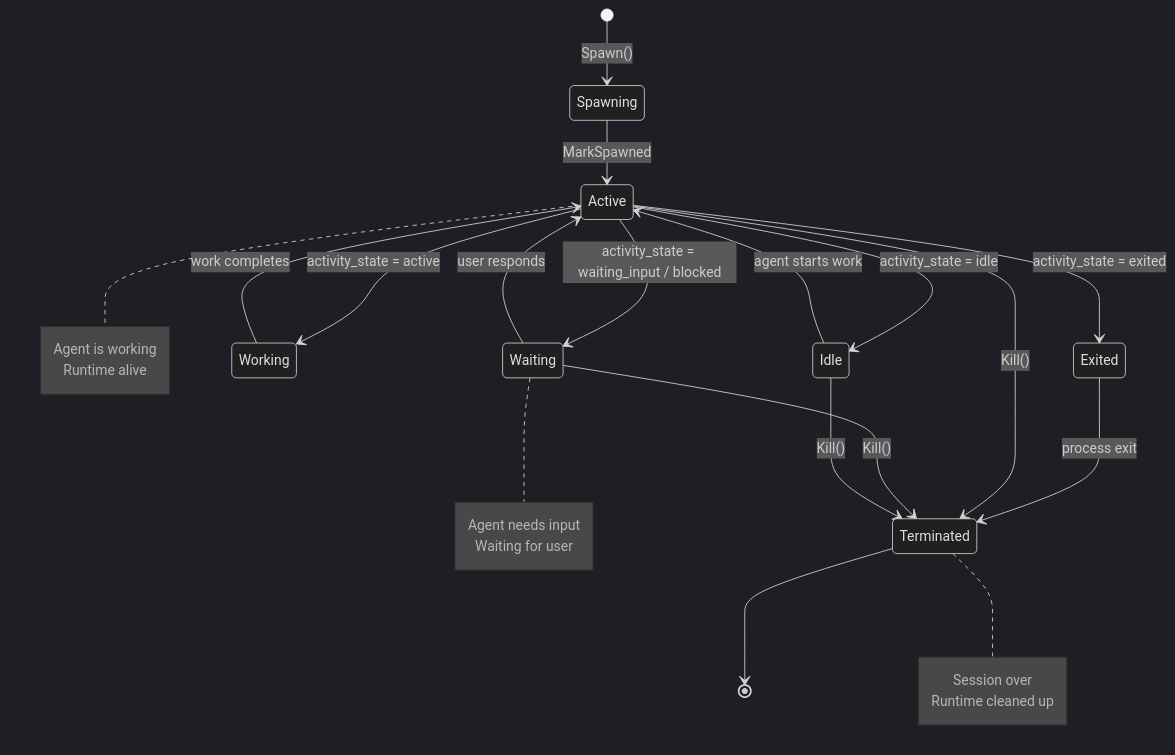
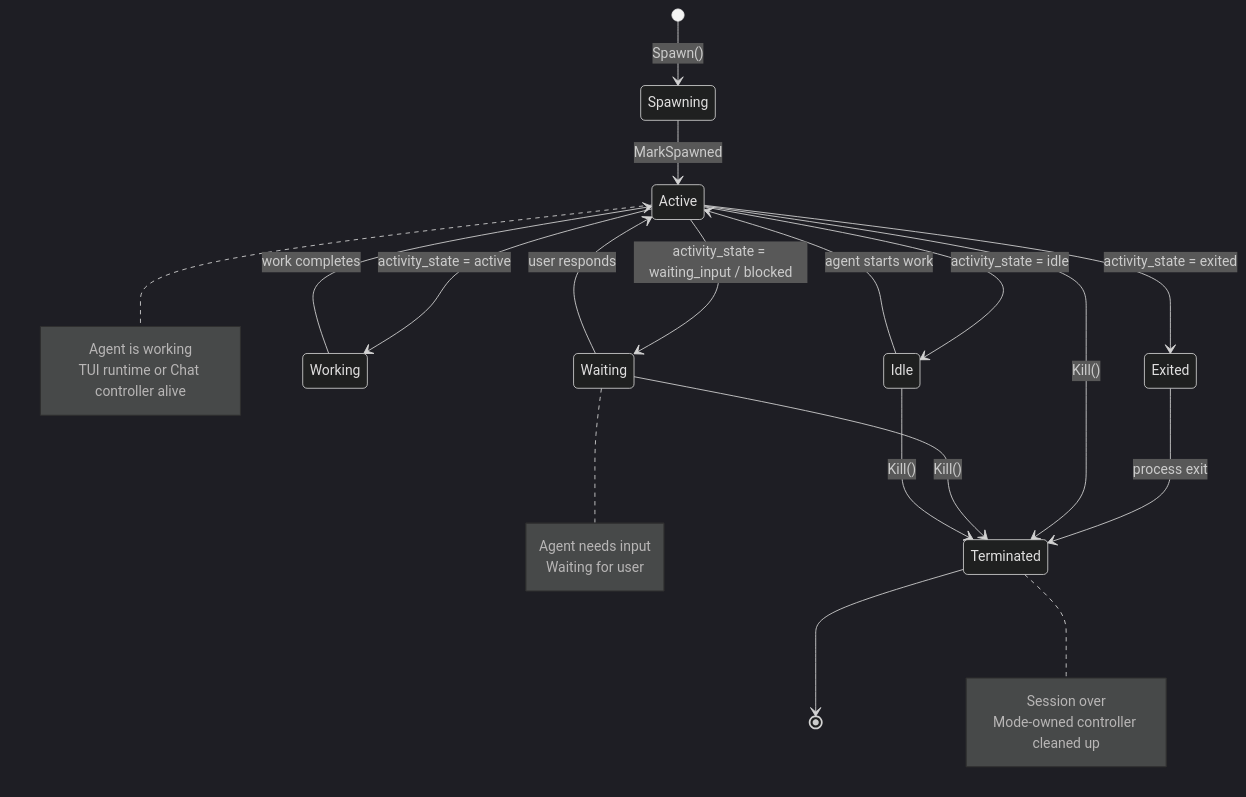
Before and after one commit to AronPerez/agent-orchestrator: diagram 16 of 24 in docs/architecture.md, drawn with Mermaid (dark theme). The commit also changed other lines of this file and 744 other files, not shown here.

````diff
--- a/docs/architecture.md
+++ b/docs/architecture.md
@@ -524,32 +648,32 @@
 ```mermaid
 stateDiagram-v2
     [*] --> Spawning: Spawn()
     Spawning --> Active: MarkSpawned
     Active --> Idle: activity_state = idle
     Active --> Working: activity_state = active
     Active --> Waiting: activity_state = waiting_input / blocked
     Active --> Exited: activity_state = exited
     Working --> Active: work completes
     Waiting --> Active: user responds
     Idle --> Active: agent starts work
     Exited --> Terminated: process exit
     Active --> Terminated: Kill()
     Waiting --> Terminated: Kill()
     Idle --> Terminated: Kill()
     Terminated --> [*]
 
     note right of Active
         Agent is working
-        Runtime alive
+        TUI runtime or Chat controller alive
     end note
 
     note right of Waiting
         Agent needs input
         Waiting for user
     end note
 
     note right of Terminated
         Session over
-        Runtime cleaned up
+        Mode-owned controller cleaned up
     end note
 ```
````
